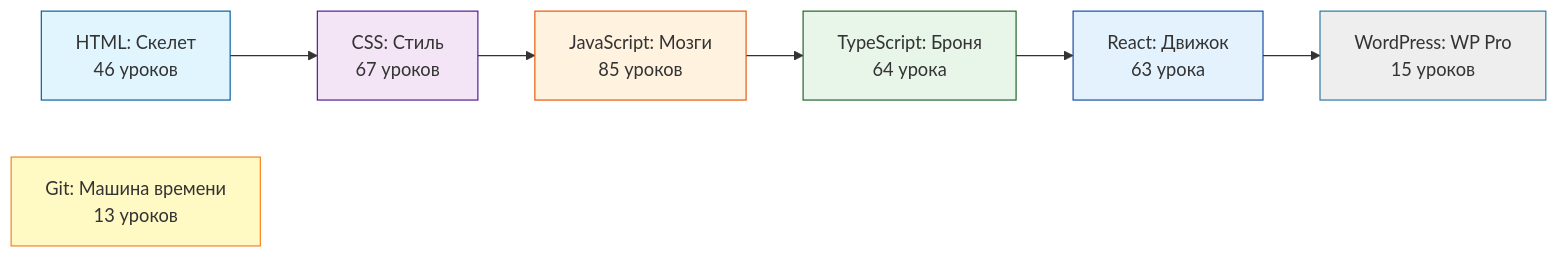
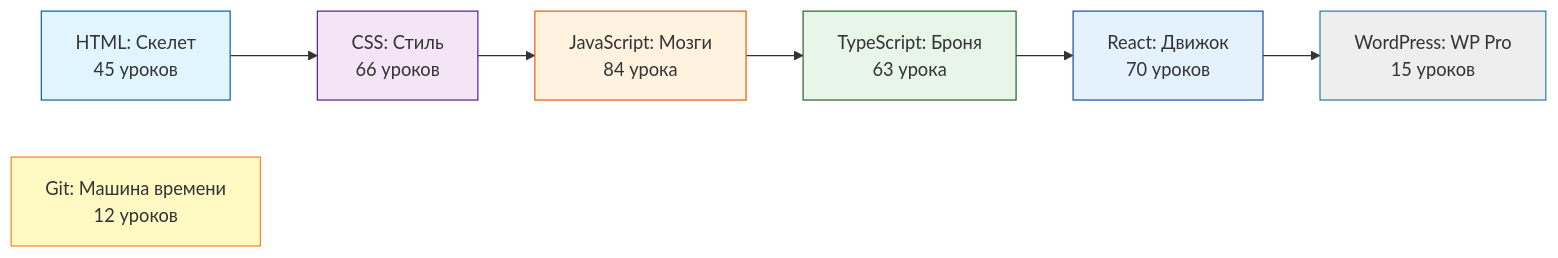
Before and after one commit to yasha-ai/yasha-learn-code: the diagram in pages/index.mdx, drawn with Mermaid. The commit also changed other lines of this file and 28 other files, not shown here.

````diff
--- a/pages/index.mdx
+++ b/pages/index.mdx
@@ -9,18 +9,18 @@
 ```mermaid
 flowchart LR
-    HTML[HTML: Скелет<br/>46 уроков] --> CSS[CSS: Стиль<br/>67 уроков]
-    CSS --> JS[JavaScript: Мозги<br/>85 уроков]
-    JS --> TS[TypeScript: Броня<br/>64 урока]
-    TS --> React[React: Движок<br/>63 урока]
+    HTML[HTML: Скелет<br/>45 уроков] --> CSS[CSS: Стиль<br/>66 уроков]
+    CSS --> JS[JavaScript: Мозги<br/>84 урока]
+    JS --> TS[TypeScript: Броня<br/>63 урока]
+    TS --> React[React: Движок<br/>70 уроков]
     React --> WP[WordPress: WP Pro<br/>15 уроков]
     
-    Git[Git: Машина времени<br/>13 уроков]
+    Git[Git: Машина времени<br/>12 уроков]
     
     style HTML fill:#e1f5fe,stroke:#01579b
     style CSS fill:#f3e5f5,stroke:#4a148c
     style JS fill:#fff3e0,stroke:#e65100
     style TS fill:#e8f5e9,stroke:#1b5e20
     style React fill:#e3f2fd,stroke:#0d47a1
     style Git fill:#fff9c4,stroke:#f57f17
     style WP fill:#eeeeee,stroke:#21759b
 ```
````
